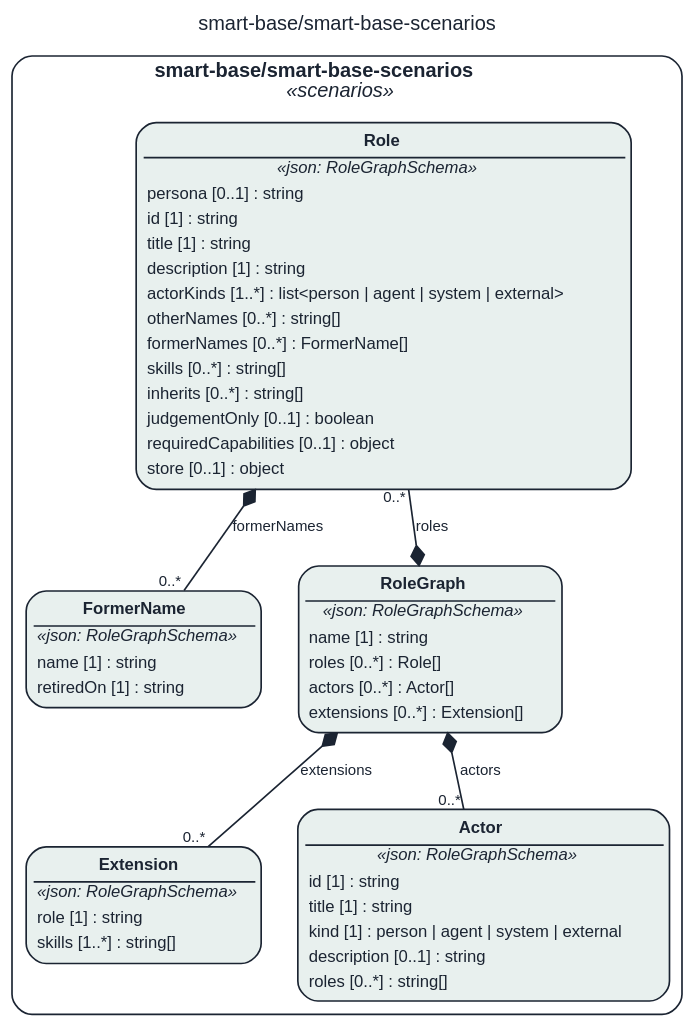
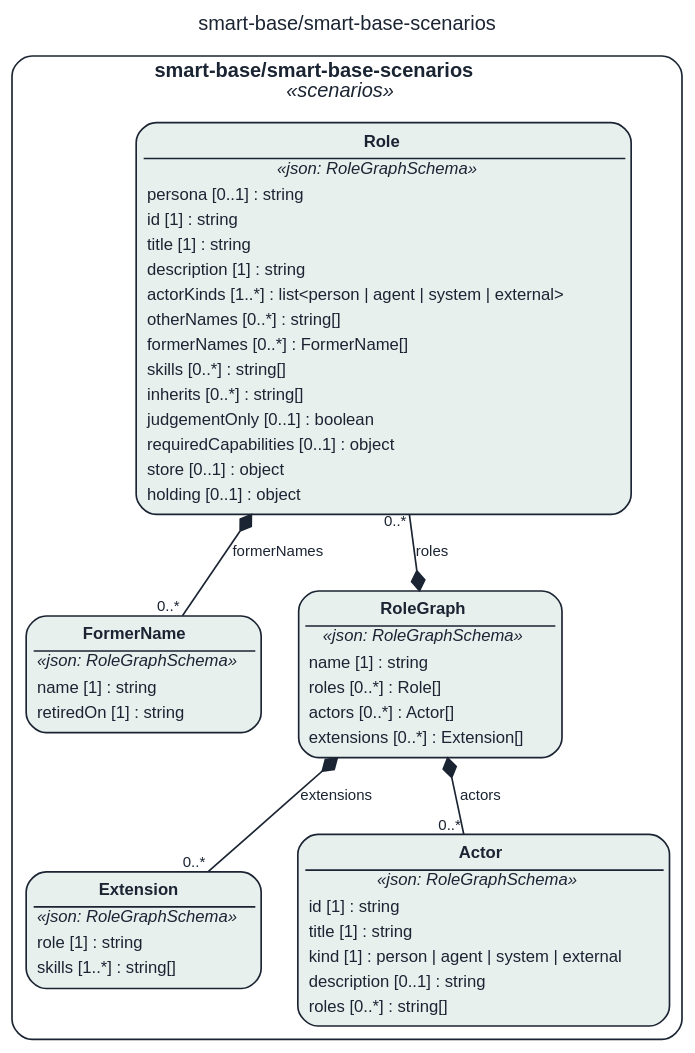
One commit to litlfred/folio-assistant changed the diagram in assets/img/uml/overview/smart-base/smart-base-scenarios.dot. Above: the diagram before and after it, drawn with Graphviz. The commit also changed 9586 other files, not shown here.

```diff
--- a/assets/img/uml/overview/smart-base/smart-base-scenarios.dot
+++ b/assets/img/uml/overview/smart-base/smart-base-scenarios.dot
@@ -1,21 +1,21 @@
 // GENERATED by cat-harness-tools/scripts/gen-uml-overview.ts — do not edit.
 // Rendered page (interactive view, same model): https://litlfred.github.io/folio-assistant/uml/overview/smart-base/smart-base-scenarios.html
 digraph "smart_base_smart_base_scenarios" {
   graph [label="smart-base/smart-base-scenarios", labelloc=t, fontname="Helvetica", fontsize=12, fontcolor="#1b2432", newrank=true, ratio=auto, nodesep=0.3, ranksep=0.5, bgcolor="transparent"];
   node [shape=box, style="rounded,filled", margin=0.05, fontname="Helvetica", fontsize=10, color="#1b2432", fontcolor="#1b2432"];
   edge [color="#1b2432", fontcolor="#1b2432", fontname="Helvetica", fontsize=9];
   subgraph "cluster_pkg_smart_base_smart_base_scenarios" {
     label=<<b>smart-base/smart-base-scenarios</b><br/><i>«scenarios»</i>>; style="rounded"; color="#1b2432"; class="fa_uml_subgraph";
     "smart_base_smart_base_scenarios_FormerName" [fillcolor="#e8f0ee", class="fa_uml_kind_scenarios", label=<<table border="0" cellborder="0" cellspacing="0" cellpadding="2"><tr><td border="1" sides="b"><b>FormerName</b></td></tr><tr><td><i>«json: RoleGraphSchema»</i></td></tr><tr><td align="left">name [1] : string</td></tr><tr><td align="left">retiredOn [1] : string</td></tr></table>>];
-    "smart_base_smart_base_scenarios_Role" [fillcolor="#e8f0ee", class="fa_uml_kind_scenarios", label=<<table border="0" cellborder="0" cellspacing="0" cellpadding="2"><tr><td border="1" sides="b"><b>Role</b></td></tr><tr><td><i>«json: RoleGraphSchema»</i></td></tr><tr><td align="left">persona [0..1] : string</td></tr><tr><td align="left">id [1] : string</td></tr><tr><td align="left">title [1] : string</td></tr><tr><td align="left">description [1] : string</td></tr><tr><td align="left">actorKinds [1..*] : list&lt;person | agent | system | external&gt;</td></tr><tr><td align="left">otherNames [0..*] : string[]</td></tr><tr><td align="left">formerNames [0..*] : FormerName[]</td></tr><tr><td align="left">skills [0..*] : string[]</td></tr><tr><td align="left">inherits [0..*] : string[]</td></tr><tr><td align="left">judgementOnly [0..1] : boolean</td></tr><tr><td align="left">requiredCapabilities [0..1] : object</td></tr><tr><td align="left">store [0..1] : object</td></tr></table>>];
+    "smart_base_smart_base_scenarios_Role" [fillcolor="#e8f0ee", class="fa_uml_kind_scenarios", label=<<table border="0" cellborder="0" cellspacing="0" cellpadding="2"><tr><td border="1" sides="b"><b>Role</b></td></tr><tr><td><i>«json: RoleGraphSchema»</i></td></tr><tr><td align="left">persona [0..1] : string</td></tr><tr><td align="left">id [1] : string</td></tr><tr><td align="left">title [1] : string</td></tr><tr><td align="left">description [1] : string</td></tr><tr><td align="left">actorKinds [1..*] : list&lt;person | agent | system | external&gt;</td></tr><tr><td align="left">otherNames [0..*] : string[]</td></tr><tr><td align="left">formerNames [0..*] : FormerName[]</td></tr><tr><td align="left">skills [0..*] : string[]</td></tr><tr><td align="left">inherits [0..*] : string[]</td></tr><tr><td align="left">judgementOnly [0..1] : boolean</td></tr><tr><td align="left">requiredCapabilities [0..1] : object</td></tr><tr><td align="left">store [0..1] : object</td></tr><tr><td align="left">holding [0..1] : object</td></tr></table>>];
     "smart_base_smart_base_scenarios_Actor" [fillcolor="#e8f0ee", class="fa_uml_kind_scenarios", label=<<table border="0" cellborder="0" cellspacing="0" cellpadding="2"><tr><td border="1" sides="b"><b>Actor</b></td></tr><tr><td><i>«json: RoleGraphSchema»</i></td></tr><tr><td align="left">id [1] : string</td></tr><tr><td align="left">title [1] : string</td></tr><tr><td align="left">kind [1] : person | agent | system | external</td></tr><tr><td align="left">description [0..1] : string</td></tr><tr><td align="left">roles [0..*] : string[]</td></tr></table>>];
     "smart_base_smart_base_scenarios_Extension" [fillcolor="#e8f0ee", class="fa_uml_kind_scenarios", label=<<table border="0" cellborder="0" cellspacing="0" cellpadding="2"><tr><td border="1" sides="b"><b>Extension</b></td></tr><tr><td><i>«json: RoleGraphSchema»</i></td></tr><tr><td align="left">role [1] : string</td></tr><tr><td align="left">skills [1..*] : string[]</td></tr></table>>];
     "smart_base_smart_base_scenarios_RoleGraph" [fillcolor="#e8f0ee", class="fa_uml_kind_scenarios", label=<<table border="0" cellborder="0" cellspacing="0" cellpadding="2"><tr><td border="1" sides="b"><b>RoleGraph</b></td></tr><tr><td><i>«json: RoleGraphSchema»</i></td></tr><tr><td align="left">name [1] : string</td></tr><tr><td align="left">roles [0..*] : Role[]</td></tr><tr><td align="left">actors [0..*] : Actor[]</td></tr><tr><td align="left">extensions [0..*] : Extension[]</td></tr></table>>];
   }
   "smart_base_smart_base_scenarios_Role" -> "smart_base_smart_base_scenarios_FormerName" [dir=both, arrowtail=diamond, arrowhead=none, label="formerNames", headlabel="0..*", class="fa_uml_composition"];
   "smart_base_smart_base_scenarios_RoleGraph" -> "smart_base_smart_base_scenarios_Role" [dir=both, arrowtail=diamond, arrowhead=none, label="roles", headlabel="0..*", class="fa_uml_composition"];
   "smart_base_smart_base_scenarios_RoleGraph" -> "smart_base_smart_base_scenarios_Actor" [dir=both, arrowtail=diamond, arrowhead=none, label="actors", headlabel="0..*", class="fa_uml_composition"];
   "smart_base_smart_base_scenarios_RoleGraph" -> "smart_base_smart_base_scenarios_Extension" [dir=both, arrowtail=diamond, arrowhead=none, label="extensions", headlabel="0..*", class="fa_uml_composition"];
   "smart_base_smart_base_scenarios_FormerName" -> "smart_base_smart_base_scenarios_Extension" [style=invis, class="kg-graph-anchor"];
   "smart_base_smart_base_scenarios_Role" -> "smart_base_smart_base_scenarios_RoleGraph" [style=invis, class="kg-graph-anchor"];
 }
```
